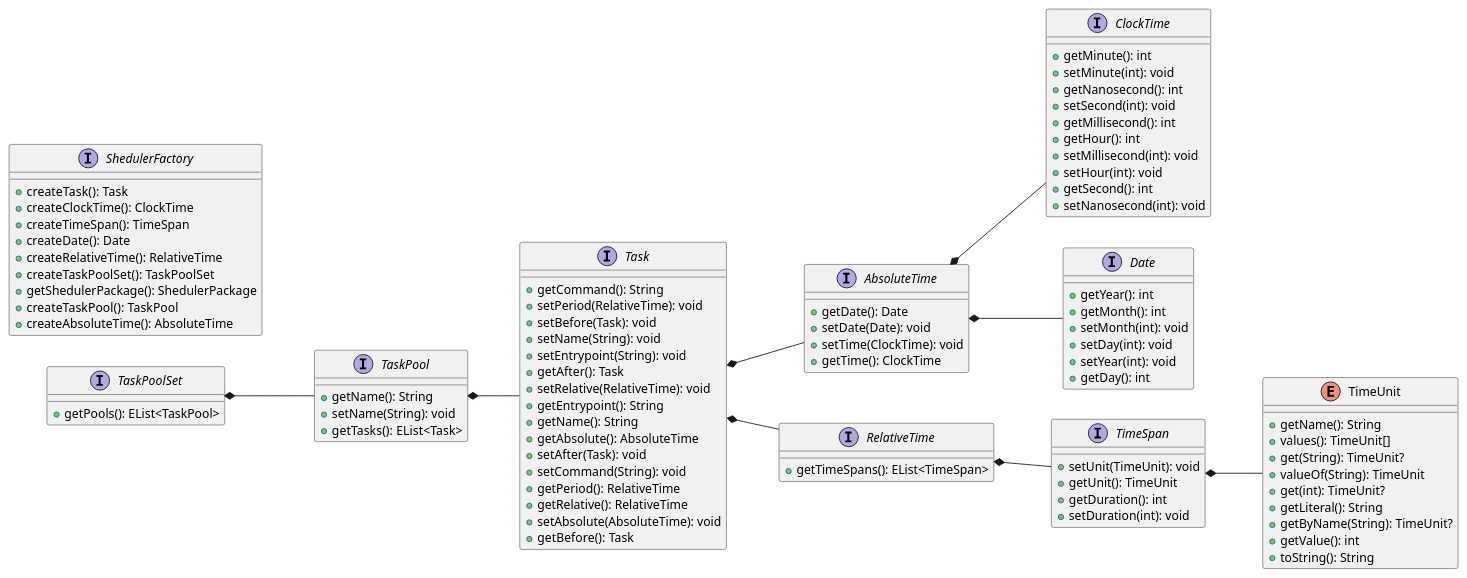
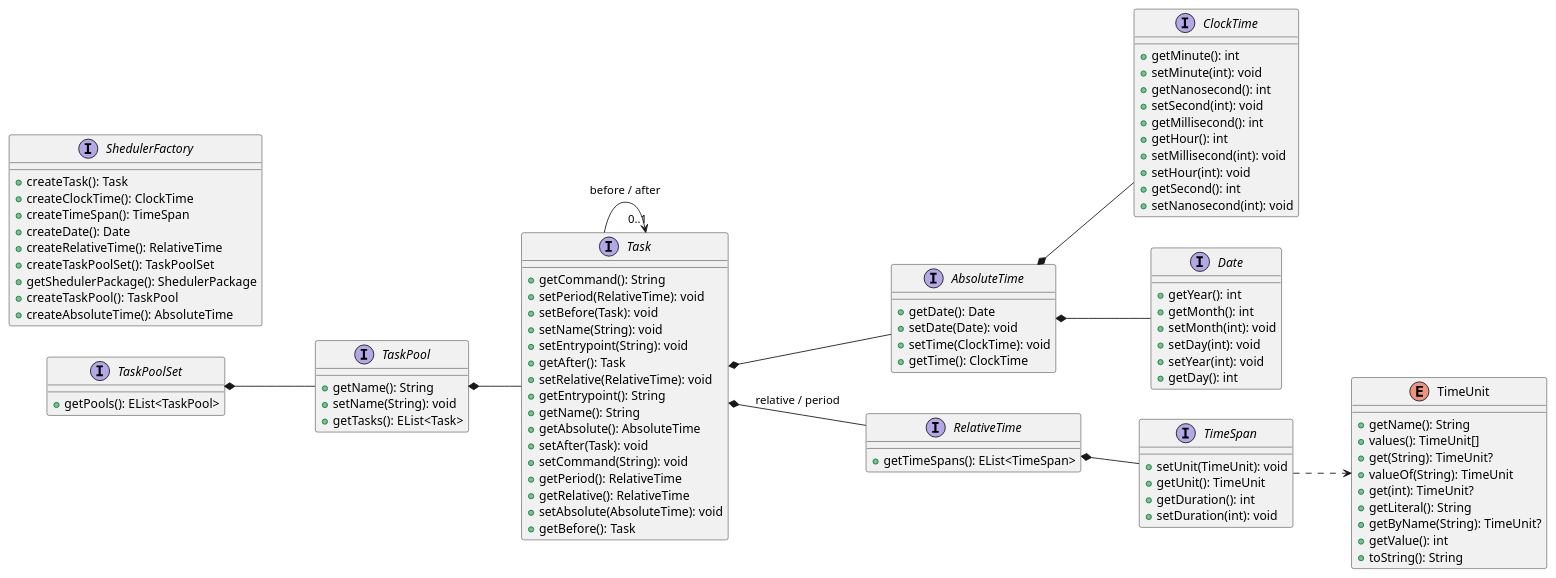
Before and after one commit to unibo-spe/spe-slides: the fourth of 4 diagrams in content/11-mdd/_index.md, drawn with PlantUML. The commit also changed other lines of this file, not shown here.

```diff
--- a/content/11-mdd/_index.md
+++ b/content/11-mdd/_index.md
@@ -882,10 +950,11 @@
 
 TaskPoolSet *-- TaskPool
 TaskPool *-- Task
-Task *-- RelativeTime
+Task *-- RelativeTime : relative / period
 Task *-- AbsoluteTime
+Task --> "0..1" Task : before / after
 RelativeTime *-- TimeSpan
-TimeSpan *-- TimeUnit
+TimeSpan ..> TimeUnit
 AbsoluteTime *-- Date
 AbsoluteTime *-- ClockTime
 @enduml
```
